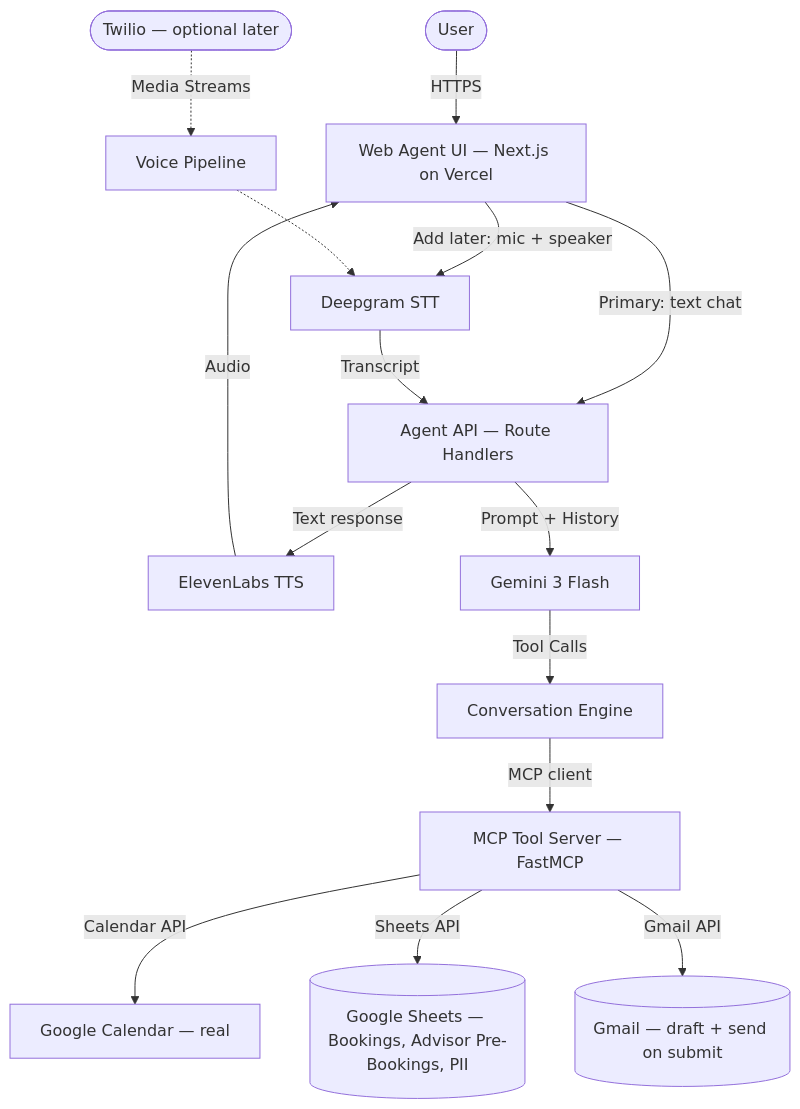
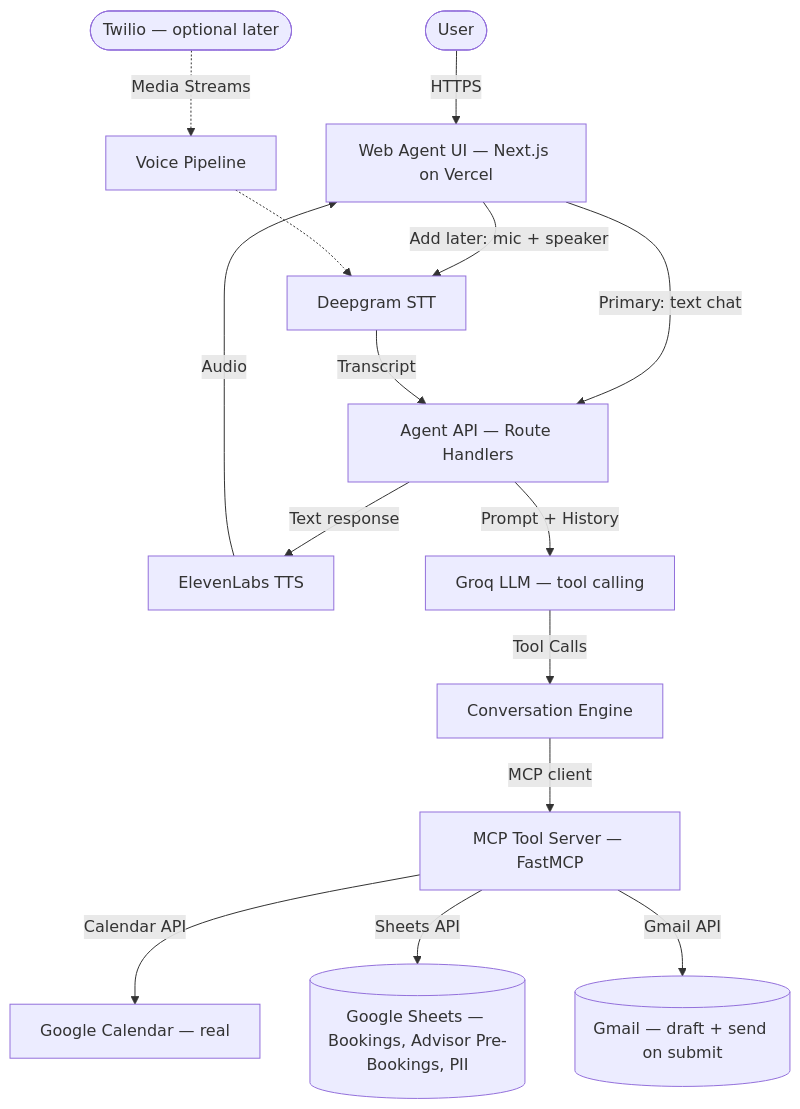
Before and after one commit to sonal-dks/Voice-Agent: the first of 5 diagrams in Docs/architecture.md, drawn with Mermaid. The commit also changed other lines of this file and 29 other files, not shown here.

First line of the commit message:
feat: Groq LLM, rework READMEs, sync docs

````diff
--- a/Docs/architecture.md
+++ b/Docs/architecture.md
@@ -53,17 +53,17 @@
 ```mermaid
 graph TD
     User([User]) -->|HTTPS| WebUI[Web Agent UI — Next.js on Vercel]
     WebUI -->|Primary: text chat| API[Agent API — Route Handlers]
     WebUI -->|Add later: mic + speaker| STT[Deepgram STT]
     STT -->|Transcript| API
     API -->|Text response| TTS[ElevenLabs TTS]
     TTS -->|Audio| WebUI
-    API -->|Prompt + History| LLM[Gemini 3 Flash]
+    API -->|Prompt + History| LLM[Groq LLM — tool calling]
     LLM -->|Tool Calls| CE[Conversation Engine]
     CE -->|MCP client| MCPServer[MCP Tool Server — FastMCP]
     MCPServer -->|Calendar API| GCal[Google Calendar — real]
     MCPServer -->|Sheets API| Sheets[(Google Sheets — Bookings, Advisor Pre-Bookings, PII)]
     MCPServer -->|Gmail API| EmailSvc[(Gmail — draft + send on submit)]
     TwilioOpt([Twilio — optional later]) -.->|Media Streams| VoicePipeline[Voice Pipeline]
     VoicePipeline -.-> STT
 ```
````
